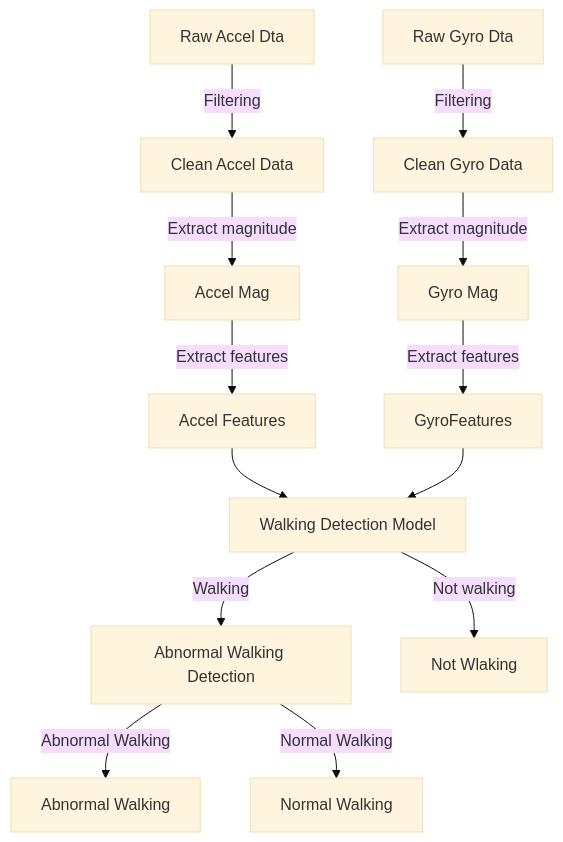
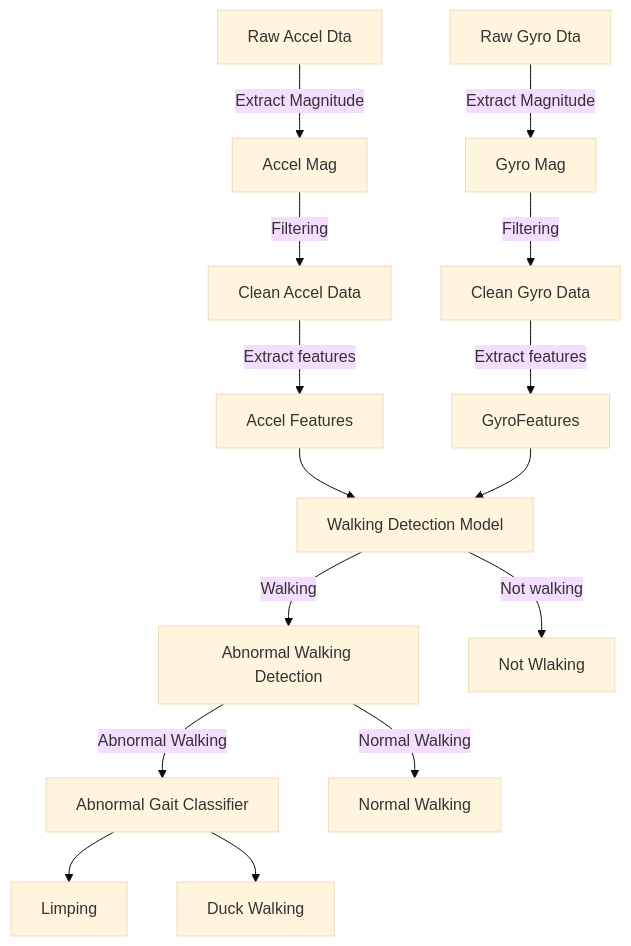
One commit to joshuagu789/CS328_Final_Group_Project changed the diagram in README.md. Above: the diagram before and after it, drawn with Mermaid (base theme). The commit also changed other lines of this file, not shown here.

````diff
--- a/README.md
+++ b/README.md
@@ -58,11 +59,13 @@
 ```mermaid
 flowchart TD
-A1[Raw Accel Dta] --Filtering--> A4[Clean Accel Data] -- Extract magnitude --> A2[Accel Mag] -- Extract features --> A3[Accel Features]
+A1[Raw Accel Dta] -- Extract Magnitude--> A2[Accel Mag] -- Filtering --> A4[Clean Accel Data] -- Extract features --> A3[Accel Features]
 
-B1[Raw Gyro Dta] -- Filtering --> B4[Clean Gyro Data] -- Extract magnitude --> B2[Gyro Mag] -- Extract features --> B3[GyroFeatures]
+B1[Raw Gyro Dta] -- Extract Magnitude --> B2[Gyro Mag] -- Filtering --> B4[Clean Gyro Data] -- Extract features --> B3[GyroFeatures]
 
-A3 --> C1[Walking Detection Model] -- Walking --> C2[Abnormal Walking Detection] --Abnormal Walking--> R2[Abnormal Walking]
+A3 --> C1[Walking Detection Model] -- Walking --> C2[Abnormal Walking Detection] --Abnormal Walking--> R2[Abnormal Gait Classifier]
 C2 -- Normal Walking --> R3[Normal Walking]
 C1 -- Not walking --> R1[Not Wlaking]
 B3 --> C1
+R2 --> R4[Limping]
+R2 --> R5[Duck Walking]
 ```
````
